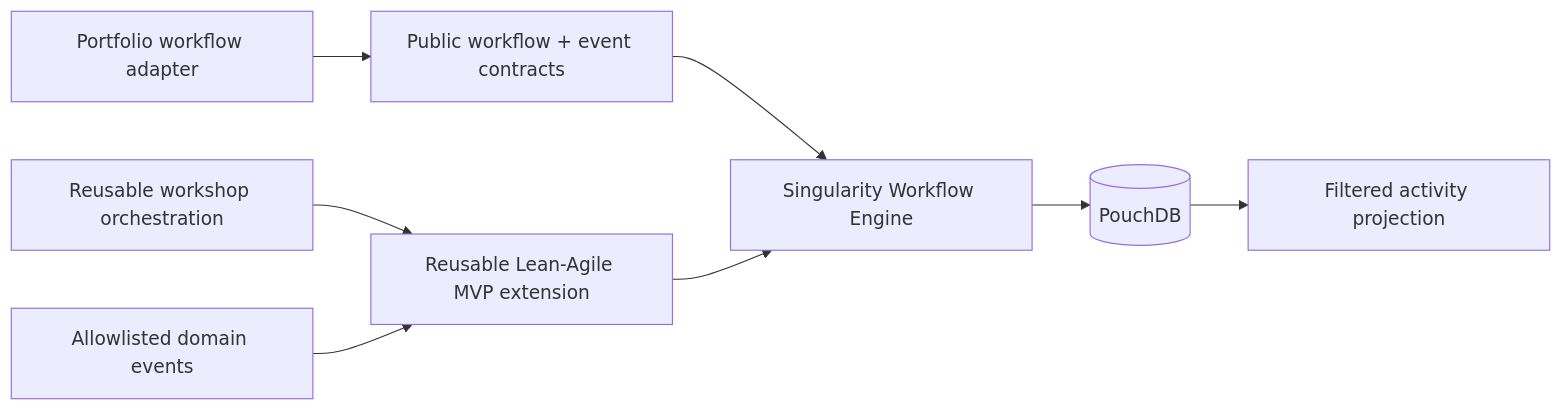
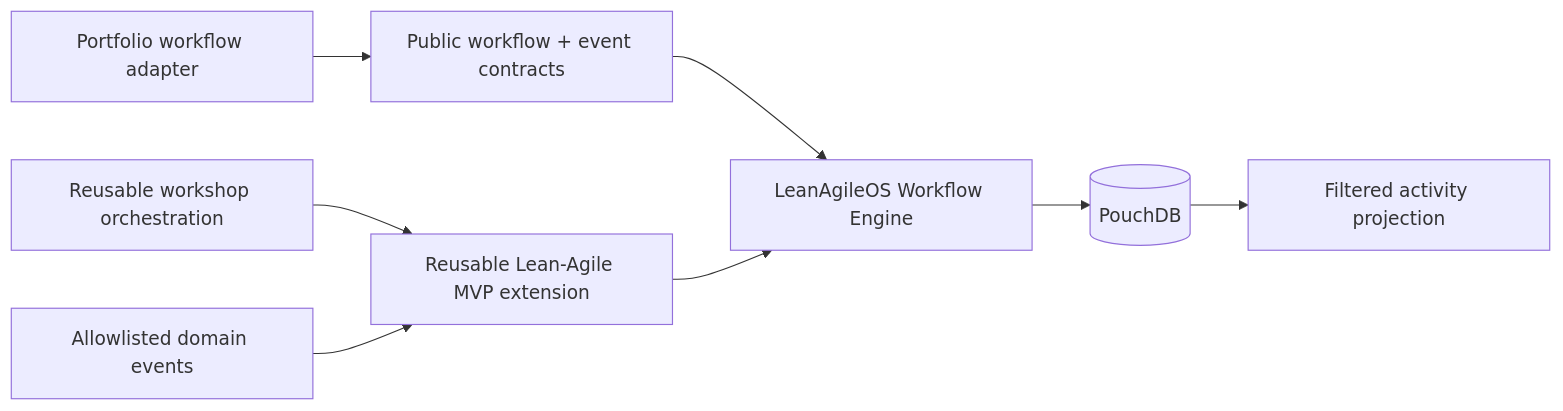
One commit to dave-jackson-dev/portfolio changed the diagram in docs/planning/features/workflow-engine-lean-agile-mvp-foundation.feature.md. Above: the diagram before and after it, drawn with Mermaid. The commit also changed other lines of this file and 21 other files, not shown here.

First line of the commit message:
docs: repoint every external reference from singularity to lean-agile-os

````diff
--- a/docs/planning/features/workflow-engine-lean-agile-mvp-foundation.feature.md
+++ b/docs/planning/features/workflow-engine-lean-agile-mvp-foundation.feature.md
@@ -44,19 +44,19 @@
 ```mermaid
 flowchart LR
     Portfolio[Portfolio workflow adapter]
     Contract[Public workflow + event contracts]
-    Engine[Singularity Workflow Engine]
+    Engine[LeanAgileOS Workflow Engine]
     Extension[Reusable Lean-Agile MVP extension]
     Workshops[Reusable workshop orchestration]
     Store[(PouchDB)]
     Events[Allowlisted domain events]
     Feed[Filtered activity projection]
 
     Portfolio --> Contract
     Contract --> Engine
     Extension --> Engine
     Workshops --> Extension
     Events --> Extension
     Engine --> Store
     Store --> Feed
 ```
````
